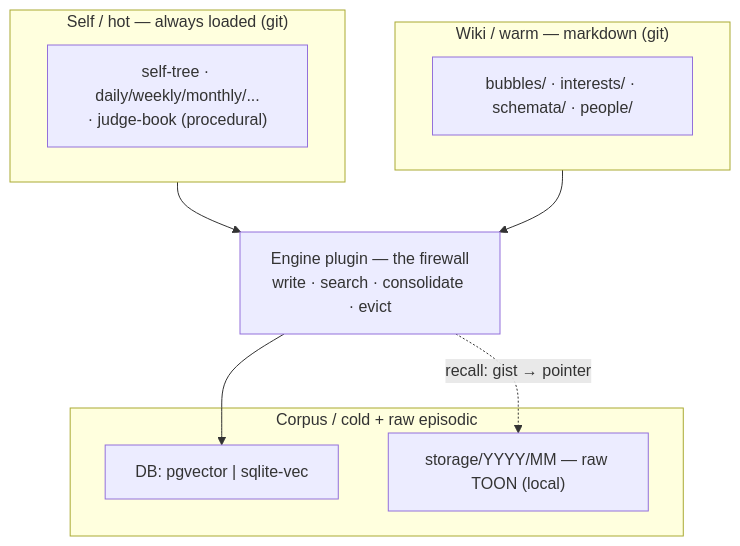
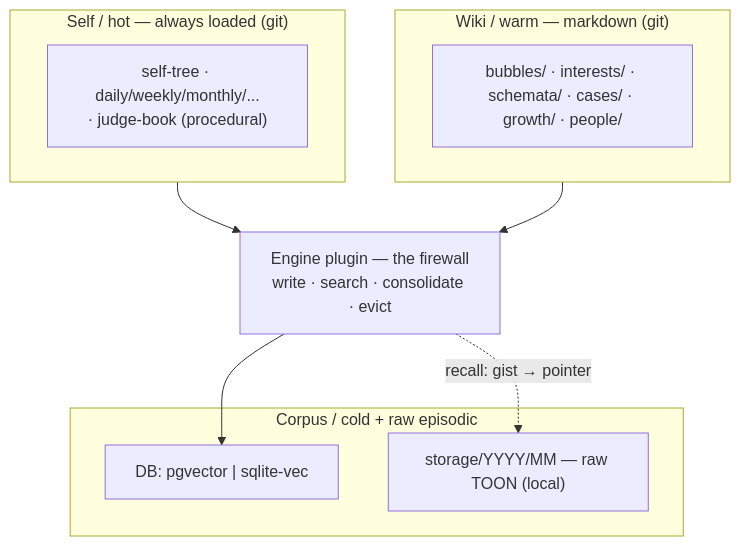
One commit to syahiidkamil/vibe-ai-partner-entity changed the first of 3 diagrams in work_dir/saori/zero_to_one_memory/03_high_level_implementation.md. Above: the diagram before and after it, drawn with Mermaid. The commit also changed other lines of this file and 8 other files, not shown here.

First line of the commit message:
docs(memory): zero-to-one — cases + growth tiers, exploration/retrieval strategy

````diff
--- a/work_dir/saori/zero_to_one_memory/03_high_level_implementation.md
+++ b/work_dir/saori/zero_to_one_memory/03_high_level_implementation.md
@@ -16,18 +16,18 @@
 ```mermaid
 flowchart TB
     subgraph HOT["Self / hot — always loaded (git)"]
         SELFTREE["self-tree · daily/weekly/monthly/...<br/>· judge-book (procedural)"]
     end
     subgraph WARM["Wiki / warm — markdown (git)"]
-        WIKI["bubbles/ · interests/ · schemata/ · people/"]
+        WIKI["bubbles/ · interests/ · schemata/ · cases/ · growth/ · people/"]
     end
     subgraph COLD["Corpus / cold + raw episodic"]
         DB["DB: pgvector | sqlite-vec"]
         STORE["storage/YYYY/MM — raw TOON (local)"]
     end
     FW["Engine plugin — the firewall<br/>write · search · consolidate · evict"]
     HOT --> FW
     WARM --> FW
     FW --> DB
     FW -.->|recall: gist → pointer| STORE
 ```
````
